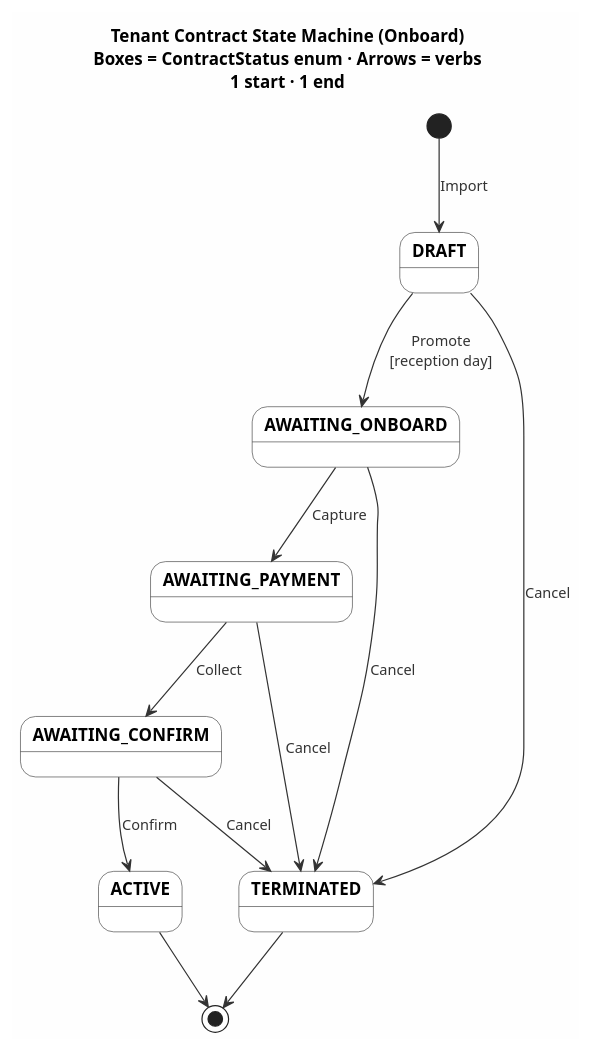
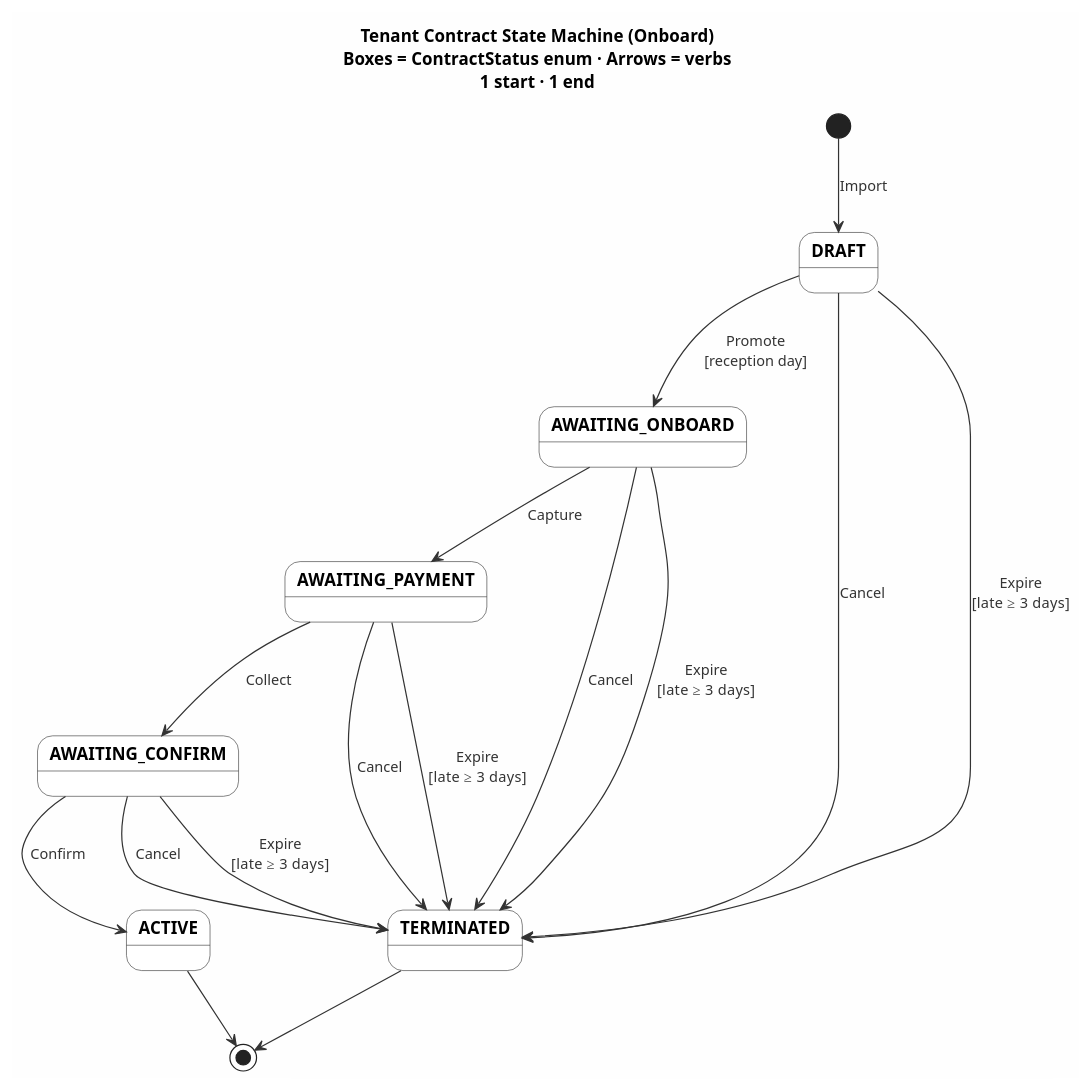
One commit to gowahskoja113/Sub-leasing-managemant-system changed the diagram in docs/uml/main-flows/F2-tenant-contract-onboard-state.puml. Above: the diagram before and after it, drawn with PlantUML. The commit also changed 4 other files, not shown here.

```diff
--- a/docs/uml/main-flows/F2-tenant-contract-onboard-state.puml
+++ b/docs/uml/main-flows/F2-tenant-contract-onboard-state.puml
@@ -1,34 +1,38 @@
 @startuml F2_TenantContract_Onboard_State
 title Tenant Contract State Machine (Onboard)\nBoxes = ContractStatus enum · Arrows = verbs\n1 start · 1 end
 
 skinparam backgroundColor #FEFEFE
 skinparam shadowing false
 skinparam defaultFontName Arial
 skinparam ArrowColor #333333
 skinparam ArrowFontColor #333333
 skinparam ArrowFontSize 12
 skinparam state {
   BackgroundColor #FFFFFF
   BorderColor #333333
   FontSize 14
   FontStyle bold
 }
 
 [*] --> DRAFT : Import
 
 DRAFT --> AWAITING_ONBOARD : Promote\n[reception day]
 DRAFT --> TERMINATED : Cancel
+DRAFT --> TERMINATED : Expire\n[late ≥ 3 days]
 
 AWAITING_ONBOARD --> AWAITING_PAYMENT : Capture
 AWAITING_ONBOARD --> TERMINATED : Cancel
+AWAITING_ONBOARD --> TERMINATED : Expire\n[late ≥ 3 days]
 
 AWAITING_PAYMENT --> AWAITING_CONFIRM : Collect
 AWAITING_PAYMENT --> TERMINATED : Cancel
+AWAITING_PAYMENT --> TERMINATED : Expire\n[late ≥ 3 days]
 
 AWAITING_CONFIRM --> ACTIVE : Confirm
 AWAITING_CONFIRM --> TERMINATED : Cancel
+AWAITING_CONFIRM --> TERMINATED : Expire\n[late ≥ 3 days]
 
 ACTIVE --> [*]
 TERMINATED --> [*]
 
 @enduml
```
